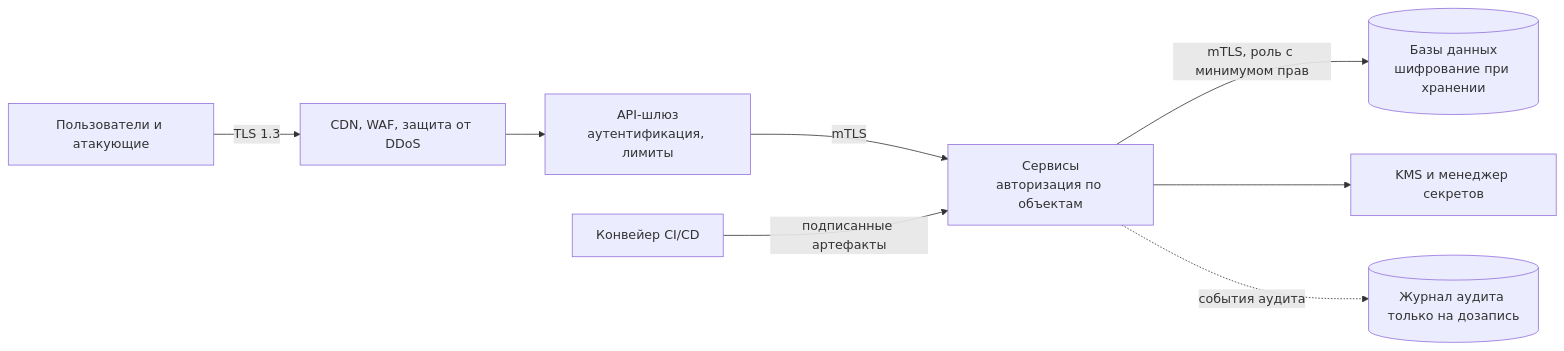
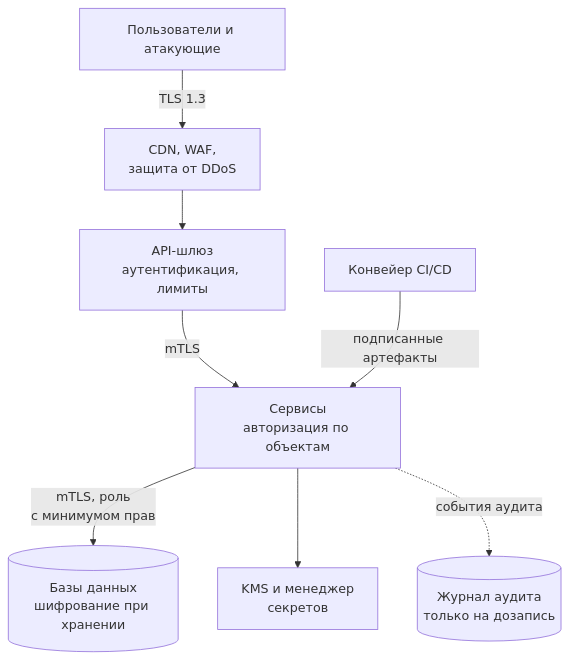
Before and after one commit to butyavk/system-design: the first of 3 diagrams in src/content/docs/ru/reliability/security.mdx, drawn with Mermaid. The commit also changed other lines of this file and 144 other files, not shown here.

````diff
--- a/src/content/docs/ru/reliability/security.mdx
+++ b/src/content/docs/ru/reliability/security.mdx
@@ -31,10 +31,10 @@
 ```mermaid
-flowchart LR
-  user["Пользователи и атакующие"] -- "TLS 1.3" --> edge["CDN, WAF, защита от DDoS"]
+flowchart TB
+  user["Пользователи и атакующие"] -- "TLS 1.3" --> edge["CDN, WAF,<br/>защита от DDoS"]
   edge --> gw["API-шлюз<br/>аутентификация, лимиты"]
   gw -- "mTLS" --> svc["Сервисы<br/>авторизация по объектам"]
-  svc -- "mTLS, роль с минимумом прав" --> db[("Базы данных<br/>шифрование при хранении")]
-  svc --> kms["KMS и менеджер секретов"]
   ci["Конвейер CI/CD"] -- "подписанные артефакты" --> svc
-  svc -. "события аудита" .-> audit[("Журнал аудита только на дозапись")]
+  svc -- "mTLS, роль<br/>с минимумом прав" --> db[("Базы данных<br/>шифрование при хранении")]
+  svc --> kms["KMS и менеджер<br/>секретов"]
+  svc -. "события аудита" .-> audit[("Журнал аудита<br/>только на дозапись")]
 ```
````
